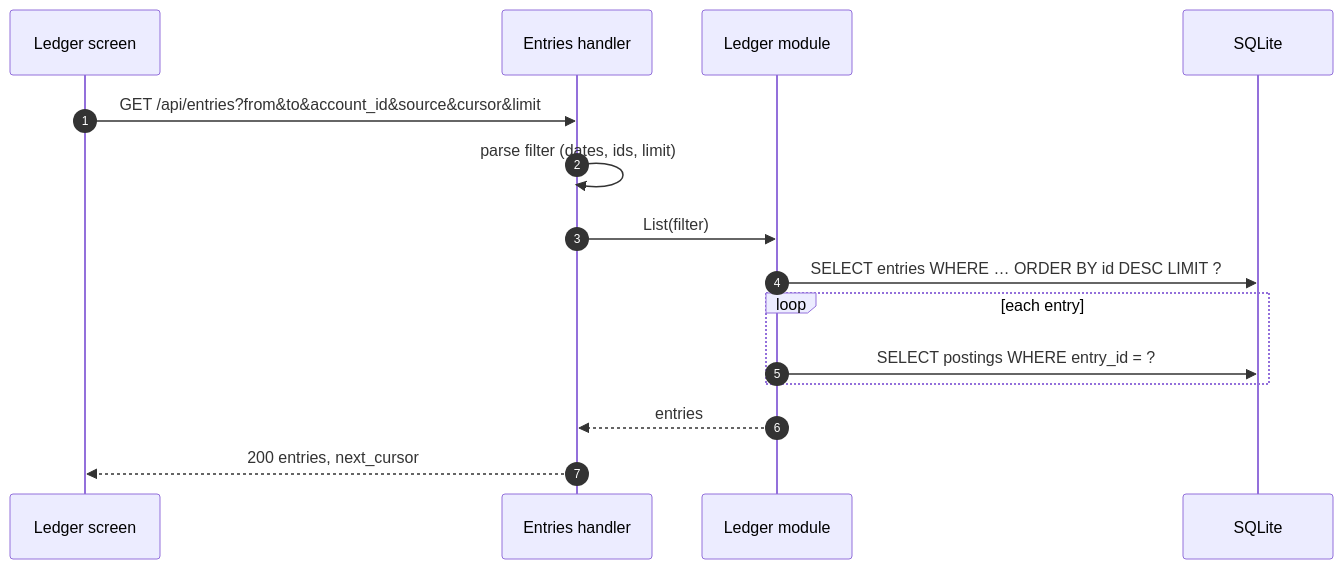
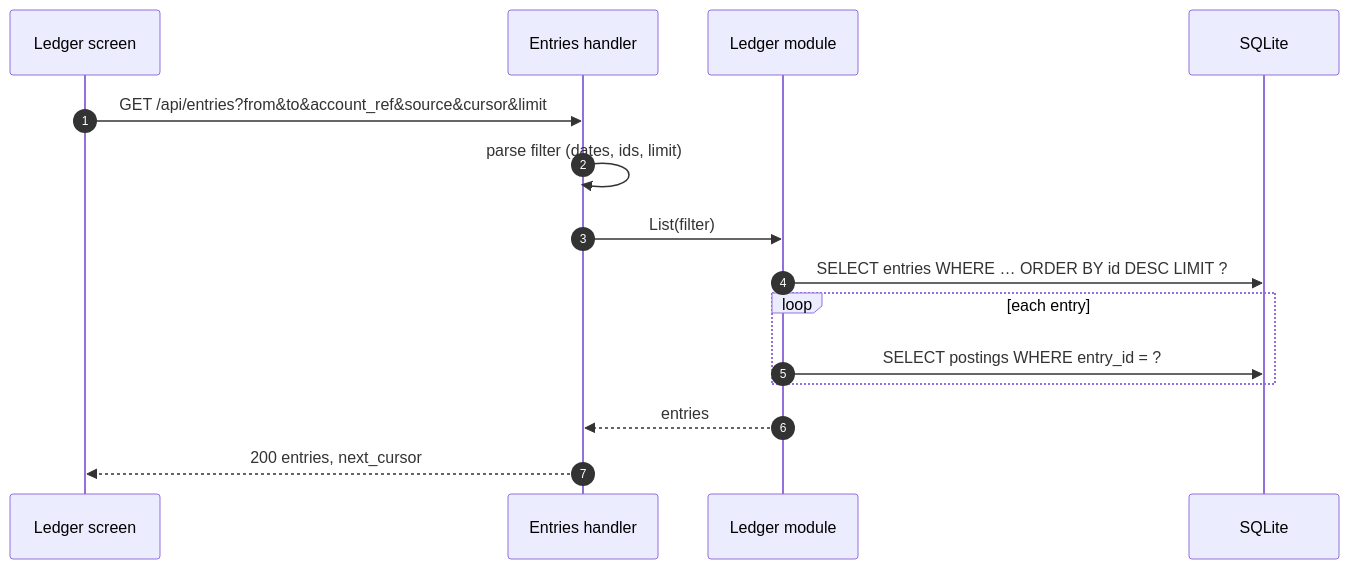
The eighth of 13 diagrams in docs/endpoints.md (dimasbaguspm/spenicle), drawn with Mermaid before and after one commit. The commit also changed other lines of this file and 45 other files, not shown here.

Commit message:
feat!: key every row by a uuid ref and squash the schema to v1

````diff
--- a/docs/endpoints.md
+++ b/docs/endpoints.md
@@ -357,17 +357,17 @@
 ```mermaid
 sequenceDiagram
     autonumber
     participant UI as Ledger screen
     participant H as Entries handler
     participant L as Ledger module
     participant DB as SQLite
-    UI->>H: GET /api/entries?from&to&account_id&source&cursor&limit
+    UI->>H: GET /api/entries?from&to&account_ref&source&cursor&limit
     H->>H: parse filter (dates, ids, limit)
     H->>L: List(filter)
     L->>DB: SELECT entries WHERE … ORDER BY id DESC LIMIT ?
     loop each entry
         L->>DB: SELECT postings WHERE entry_id = ?
     end
     L-->>H: entries
     H-->>UI: 200 entries, next_cursor
 ```
````
